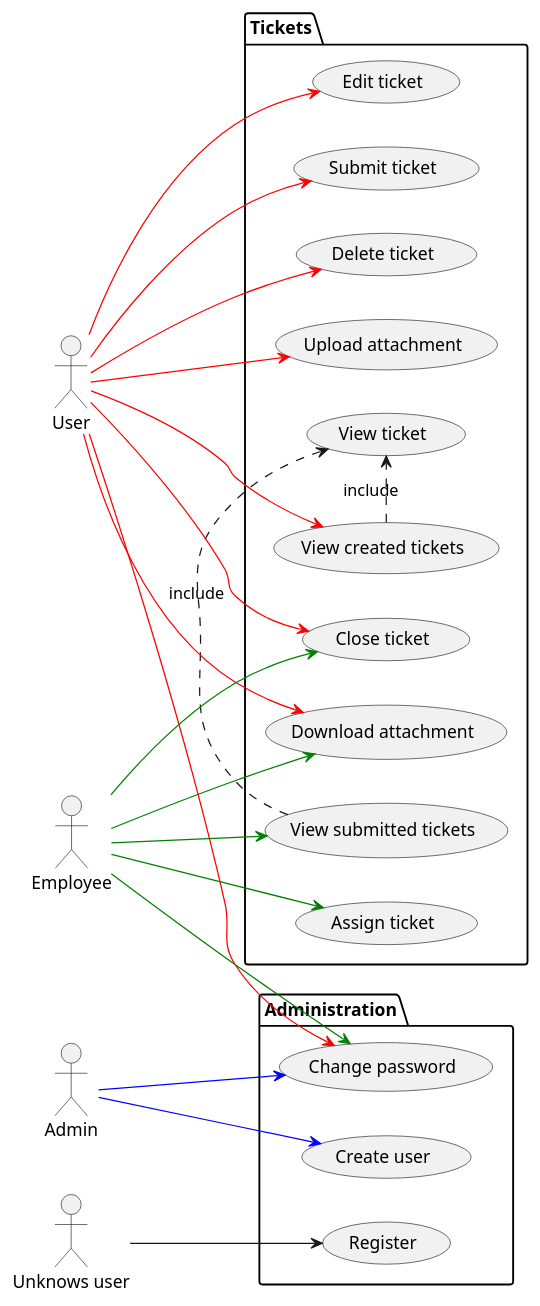
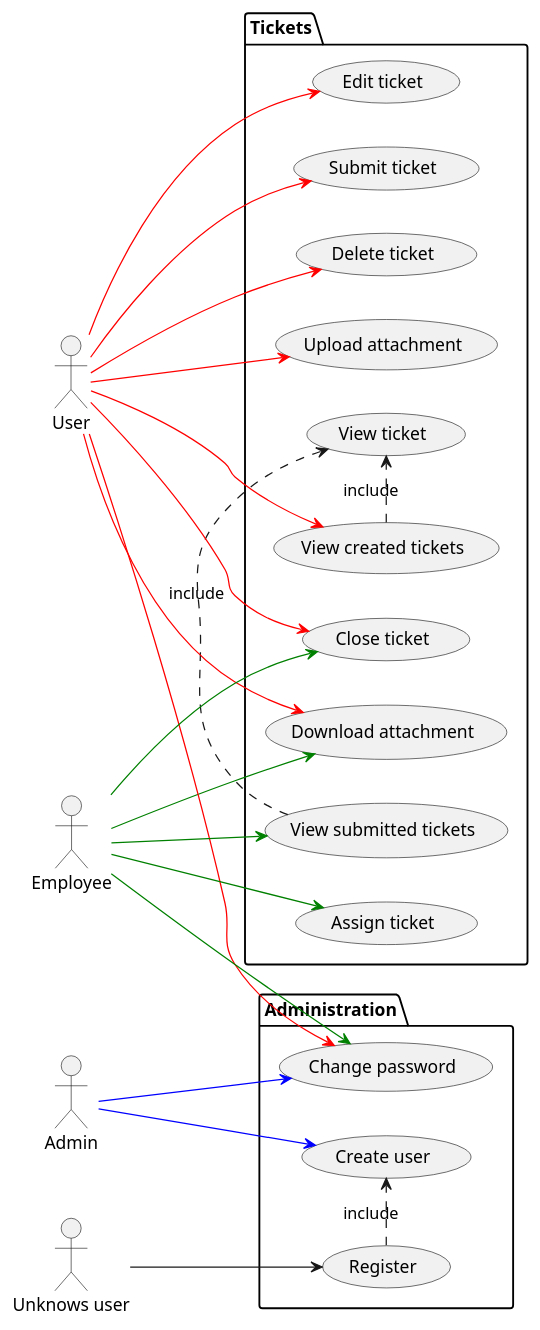
Before and after one commit to SoManyBisela/java-webserver: the diagram in docs/diagrams/use-case-diagram.puml, drawn with PlantUML.

Commit message:
closed ticket cannot be modified

```diff
--- a/docs/diagrams/use-case-diagram.puml
+++ b/docs/diagrams/use-case-diagram.puml
@@ -1,56 +1,57 @@
 @startuml
 'https://plantuml.com/use-case-diagram
 
 :Admin: as ADM
 :Unknows user: as UUSR
 :User: as USR
 :Employee: as EMP
 
 package "Tickets" {
     (View created tickets) as (VCT)
     (Create ticket) as (CT)
     (Edit ticket) as (ET)
     (Submit ticket) as (ST)
     (Delete ticket) as (DT)
     (Upload attachment) as (UA)
 
     (Download attachment) as (DA)
 
     (View submitted tickets) as (VST)
     (Assign ticket) as (AT)
     (Close ticket) as (CT)
 
     (View ticket) as (VT)
 
     (VCT) .> (VT):include
     (VST) .> (VT):include
 }
 
 package "Administration" {
     (Register) as (REG)
     (Create user) as (UCRT)
     (Change password) as (CP)
+    (REG) .> (UCRT):include
 }
 
 left to right direction
 UUSR --> (REG)
 
 USR --> (VCT) #line:red
 USR --> (CT) #line:red
 USR --> (ET)#line:red
 USR --> (ST)#line:red
 USR --> (DT)#line:red
 USR --> (UA)#line:red
 
 USR --> (DA)#line:red
 EMP --> (DA)#line:green
 USR --> (CP)#line:red
 EMP --> (CP)#line:green
 
 EMP --> (VST)#line:green
 EMP --> (AT)#line:green
 EMP --> (CT)#line:green
 
 ADM --> (UCRT)#line:blue
 ADM --> (CP)#line:blue
 @enduml
```
